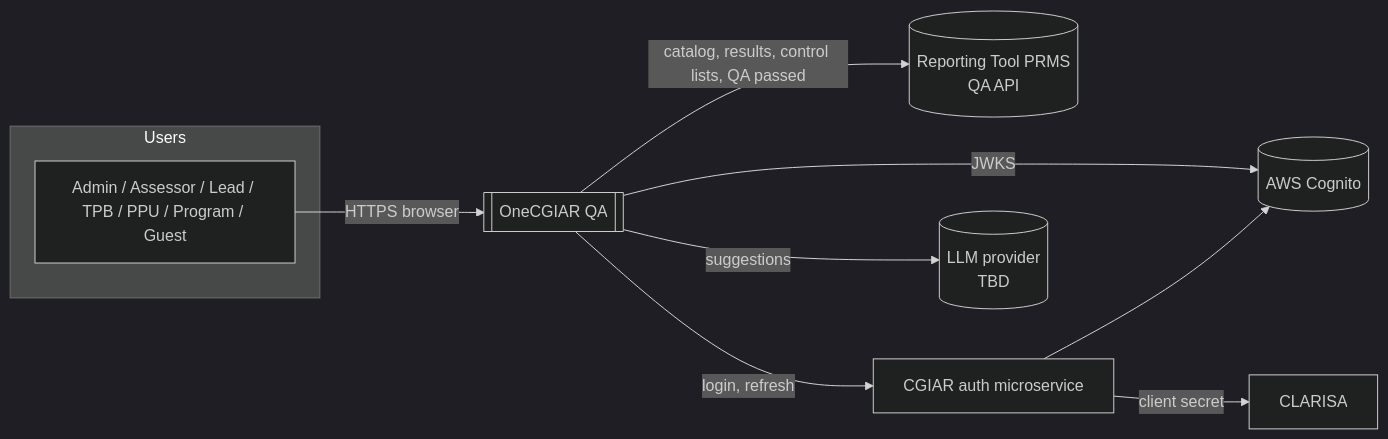
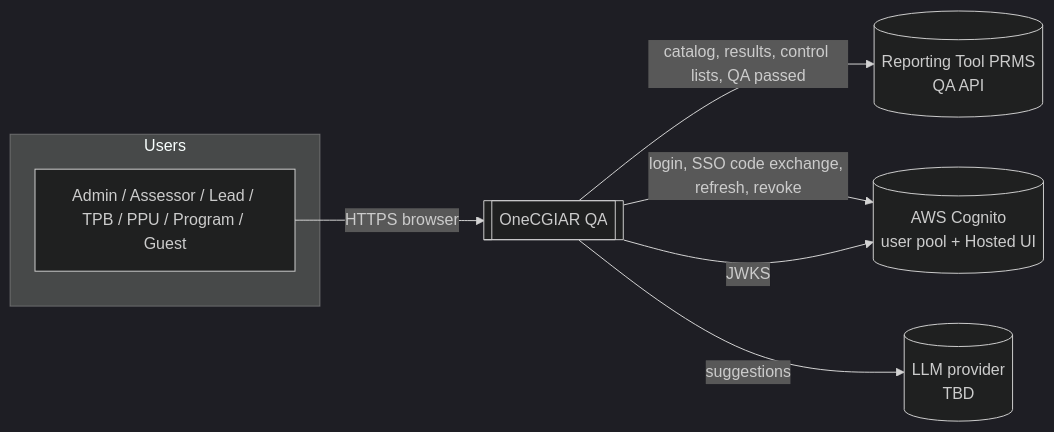
The first of 2 diagrams in docs/trd/trd.md (AllianceBioversityCIAT/onecgiar_qa), drawn with Mermaid (dark theme) before and after one commit. The commit also changed other lines of this file and 1 other file, not shown here.

Commit message:
📝 docs(auth) P2-3954: sync TRD and infrastructure with the Cognito-native session (direct Cognito, DD-11)

````diff
--- a/docs/trd/trd.md
+++ b/docs/trd/trd.md
@@ -31,19 +31,15 @@
 ```mermaid
 flowchart LR
   subgraph Users
     A[Admin / Assessor / Lead / TPB / PPU / Program / Guest]
   end
   QA[[OneCGIAR QA]]
   RT[(Reporting Tool PRMS<br/>QA API)]
-  AUTH[CGIAR auth microservice]
-  COG[(AWS Cognito)]
-  CLA[CLARISA]
+  COG[(AWS Cognito<br/>user pool + Hosted UI)]
   AI[(LLM provider<br/>TBD)]
   A -->|HTTPS browser| QA
   QA -->|catalog, results, control lists, QA passed| RT
-  QA -->|login, refresh| AUTH
-  AUTH --> COG
-  AUTH -->|client secret| CLA
+  QA -->|login, SSO code exchange, refresh, revoke| COG
   QA -->|JWKS| COG
   QA -->|suggestions| AI
 ```
````
